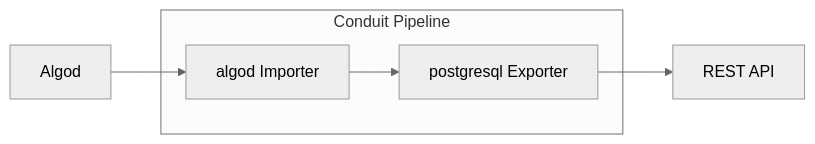
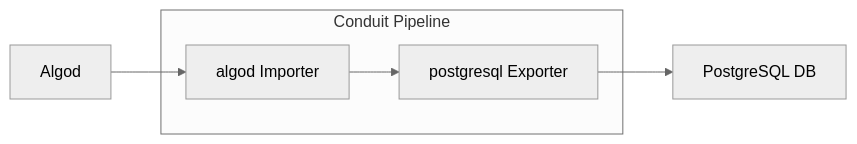
Before and after one commit to algorand/conduit: the second of 5 diagrams in docs/tutorials/IndexerMigration.md, drawn with Mermaid (neutral theme). The commit also changed other lines of this file and 3 other files, not shown here.

````diff
--- a/docs/tutorials/IndexerMigration.md
+++ b/docs/tutorials/IndexerMigration.md
@@ -44,13 +44,13 @@
 ```mermaid
 graph LR;
     algod["Algod"]
     pe["postgresql Exporter"]
     algodimp["algod Importer"]
-    restapi["REST API"]
+    db["PostgreSQL DB"]
 
     algod-->algodimp
     subgraph "Conduit Pipeline"
         algodimp-->pe;
     end
-    pe-->restapi;
+    pe-->db;
 ```
````
